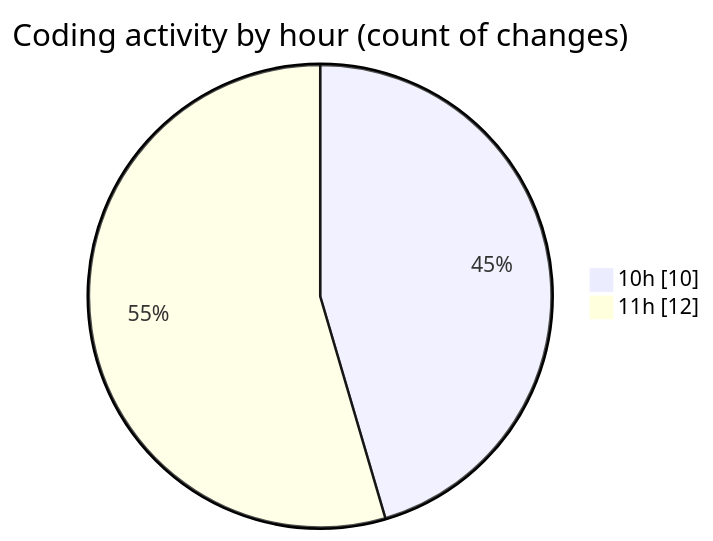
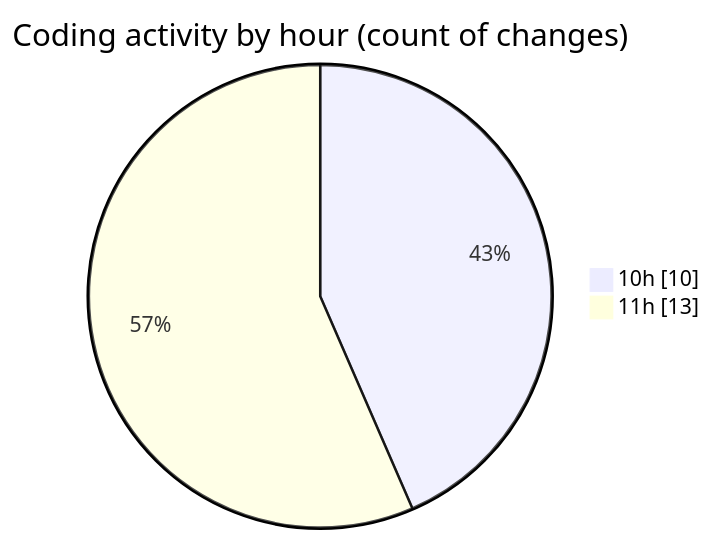
The second of 2 diagrams in 2026-05-21/pdf_invoice/README.md (momahboobian/code-tracking), drawn with Mermaid before and after one commit. The commit also changed other lines of this file and 1 other file, not shown here.

````diff
--- a/2026-05-21/pdf_invoice/README.md
+++ b/2026-05-21/pdf_invoice/README.md
@@ -35,6 +35,6 @@
 ```mermaid
 pie showData
 title Coding activity by hour (count of changes)
 "10h" : 10
-"11h" : 12
+"11h" : 13
 ```
````
